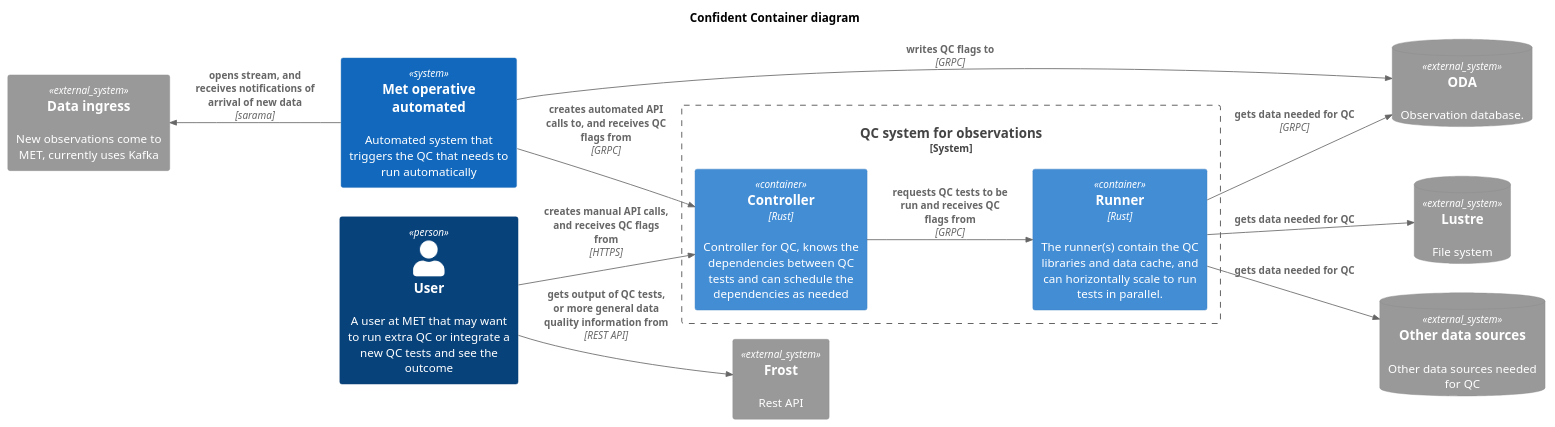
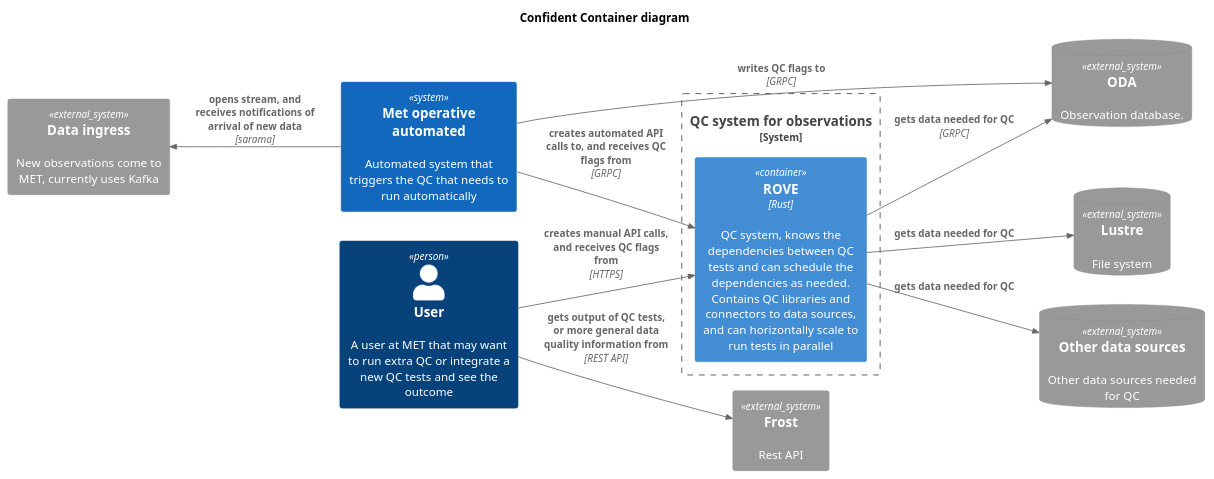
Before and after one commit to metno/rove: the diagram in docs/C4_container.puml, drawn with PlantUML. The commit also changed 5 other files, not shown here.

Commit message:
docs: update C4 diagrams

```diff
--- a/docs/C4_container.puml
+++ b/docs/C4_container.puml
@@ -1,35 +1,33 @@
 @startuml Confident_Container
 !include https://raw.githubusercontent.com/plantuml-stdlib/C4-PlantUML/master/C4_Container.puml
 
 LAYOUT_LEFT_RIGHT()
 
 title
   Confident Container diagram
 end title 
 
 Person(user, "User", "A user at MET that may want to run extra QC or integrate a new QC tests and see the outcome")
 System(new_obs_system, "Met operative automated", "Automated system that triggers the QC that needs to run automatically")
 System_Ext(kafka, "Data ingress", "New observations come to MET, currently uses Kafka")
 
 System_Ext(frost, "Frost", "Rest API")
 SystemDb_Ext(oda, "ODA", "Observation database.")
 SystemDb_Ext(lustre, "Lustre", "File system")
 SystemDb_Ext(datasources, "Other data sources", "Other data sources needed for QC")
 
 System_Boundary(Confident, "QC system for observations") {
-  Container(controller, "Controller", "Rust", "Controller for QC, knows the dependencies between QC tests and can schedule the dependencies as needed")
-  Container(runner, "Runner", "Rust", "The runner(s) contain the QC libraries and data cache, and can horizontally scale to run tests in parallel.")
+  Container(rove, "ROVE", "Rust", "QC system, knows the dependencies between QC tests and can schedule the dependencies as needed. Contains QC libraries and connectors to data sources, and can horizontally scale to run tests in parallel")
 }
 
 Rel_U(new_obs_system, kafka, "opens stream, and receives notifications of arrival of new data", "sarama")
 
-Rel(controller, runner, "requests QC tests to be run and receives QC flags from", "GRPC")
 Rel(new_obs_system, oda, "writes QC flags to", "GRPC")
 
-Rel(user, controller, "creates manual API calls, and receives QC flags from", "HTTPS")
-Rel(new_obs_system, controller, "creates automated API calls to, and receives QC flags from", "GRPC")
-Rel(runner, oda, "gets data needed for QC", "GRPC")
-Rel(runner, lustre, "gets data needed for QC")
-Rel(runner, datasources, "gets data needed for QC")
+Rel(user, rove, "creates manual API calls, and receives QC flags from", "HTTPS")
+Rel(new_obs_system, rove, "creates automated API calls to, and receives QC flags from", "GRPC")
+Rel(rove, oda, "gets data needed for QC", "GRPC")
+Rel(rove, lustre, "gets data needed for QC")
+Rel(rove, datasources, "gets data needed for QC")
 Rel(user, frost, "gets output of QC tests, or more general data quality information from", "REST API")
 @enduml
```
